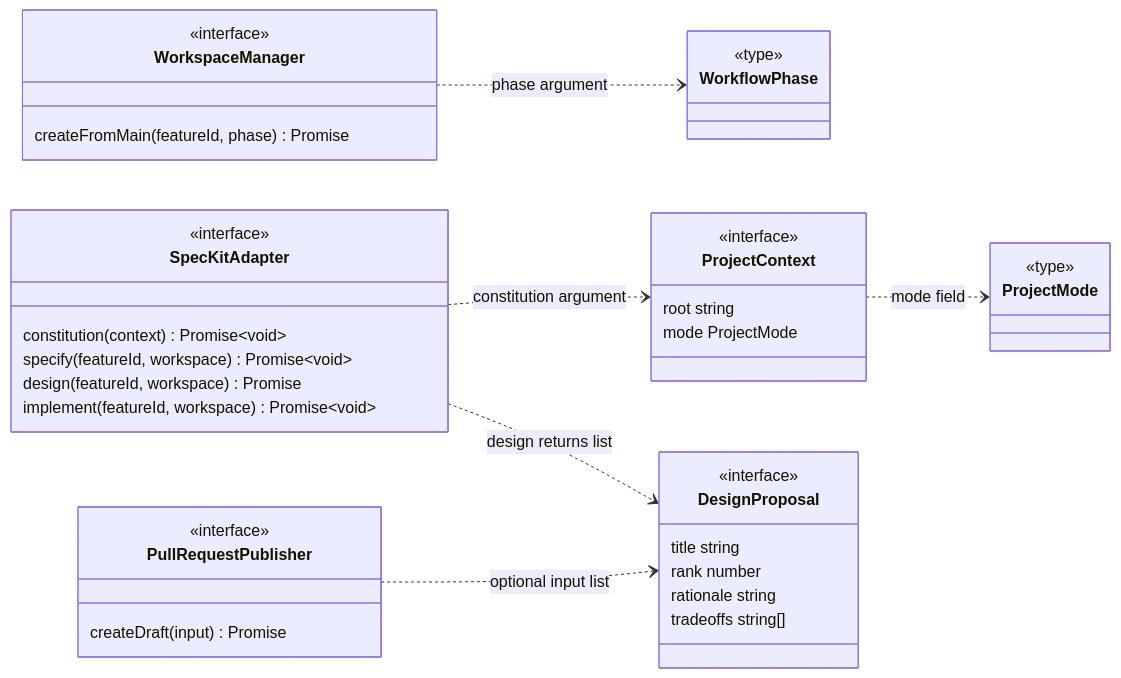
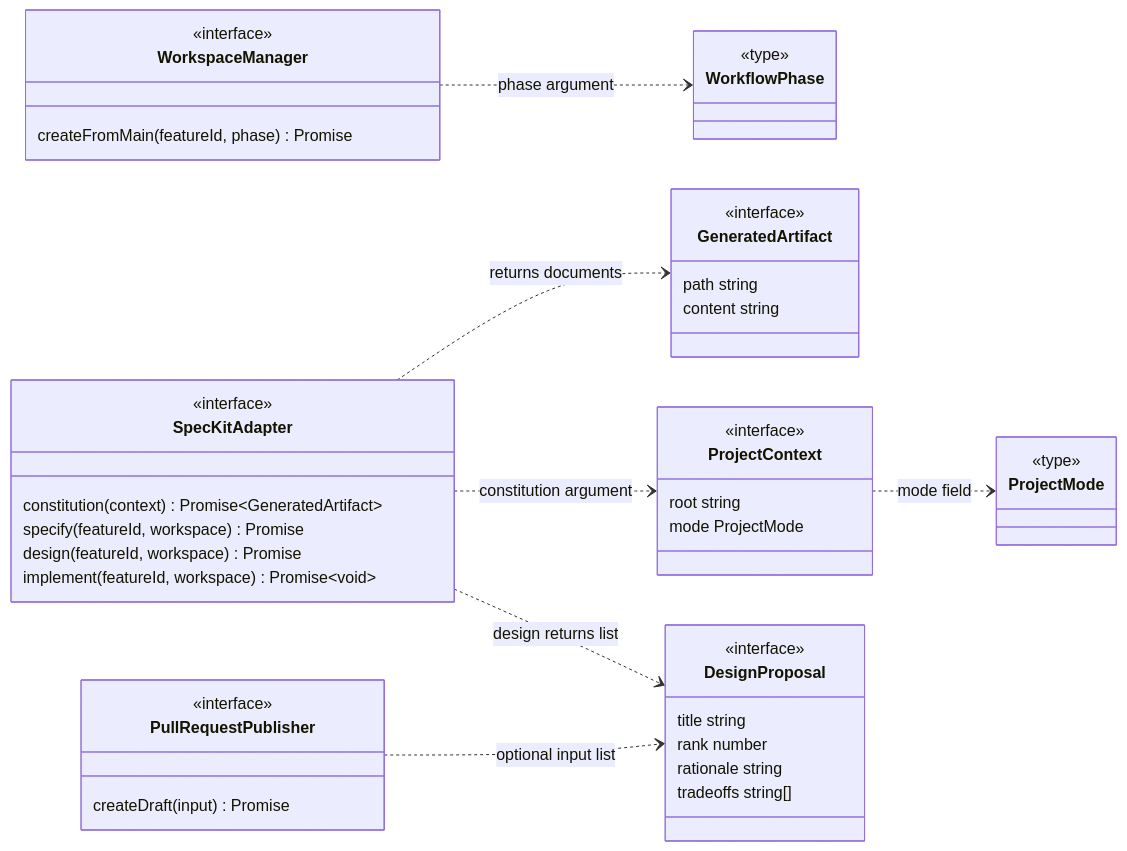
The fourth of 7 diagrams in docs/architecture.md (bluerabbits69/ai-driven-assistant-cli), drawn with Mermaid before and after one commit. The commit also changed other lines of this file and 3 other files, not shown here.

````diff
--- a/docs/architecture.md
+++ b/docs/architecture.md
@@ -229,42 +261,48 @@
 ```mermaid
 classDiagram
     direction LR
     class WorkspaceManager {
         <<interface>>
         createFromMain(featureId, phase) Promise
     }
     class WorkflowPhase {
         <<type>>
     }
     class SpecKitAdapter {
         <<interface>>
-        constitution(context) Promise~void~
-        specify(featureId, workspace) Promise~void~
+        constitution(context) Promise~GeneratedArtifact~
+        specify(featureId, workspace) Promise
         design(featureId, workspace) Promise
         implement(featureId, workspace) Promise~void~
+    }
+    class GeneratedArtifact {
+        <<interface>>
+        path string
+        content string
     }
     class ProjectContext {
         <<interface>>
         root string
         mode ProjectMode
     }
     class ProjectMode {
         <<type>>
     }
     class DesignProposal {
         <<interface>>
         title string
         rank number
         rationale string
         tradeoffs string[]
     }
     class PullRequestPublisher {
         <<interface>>
         createDraft(input) Promise
     }
     WorkspaceManager ..> WorkflowPhase : phase argument
     SpecKitAdapter ..> ProjectContext : constitution argument
     ProjectContext ..> ProjectMode : mode field
     SpecKitAdapter ..> DesignProposal : design returns list
+    SpecKitAdapter ..> GeneratedArtifact : returns documents
     PullRequestPublisher ..> DesignProposal : optional input list
 ```
````
